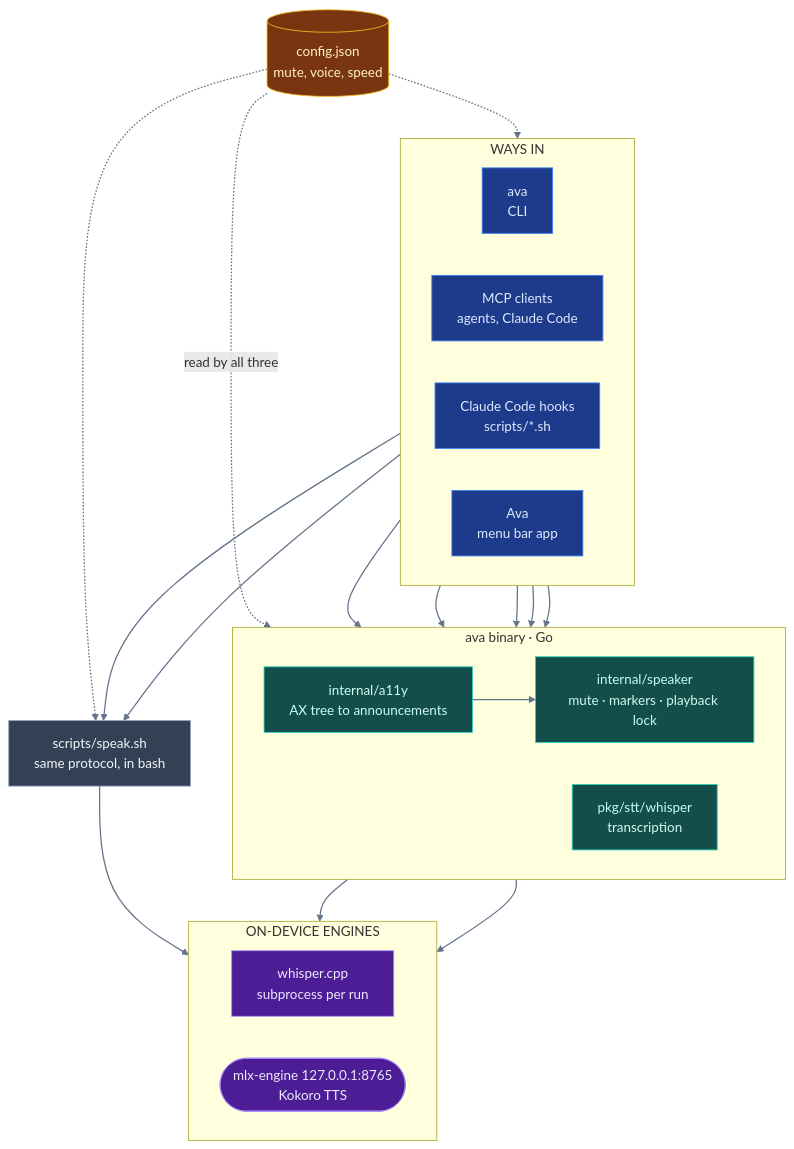
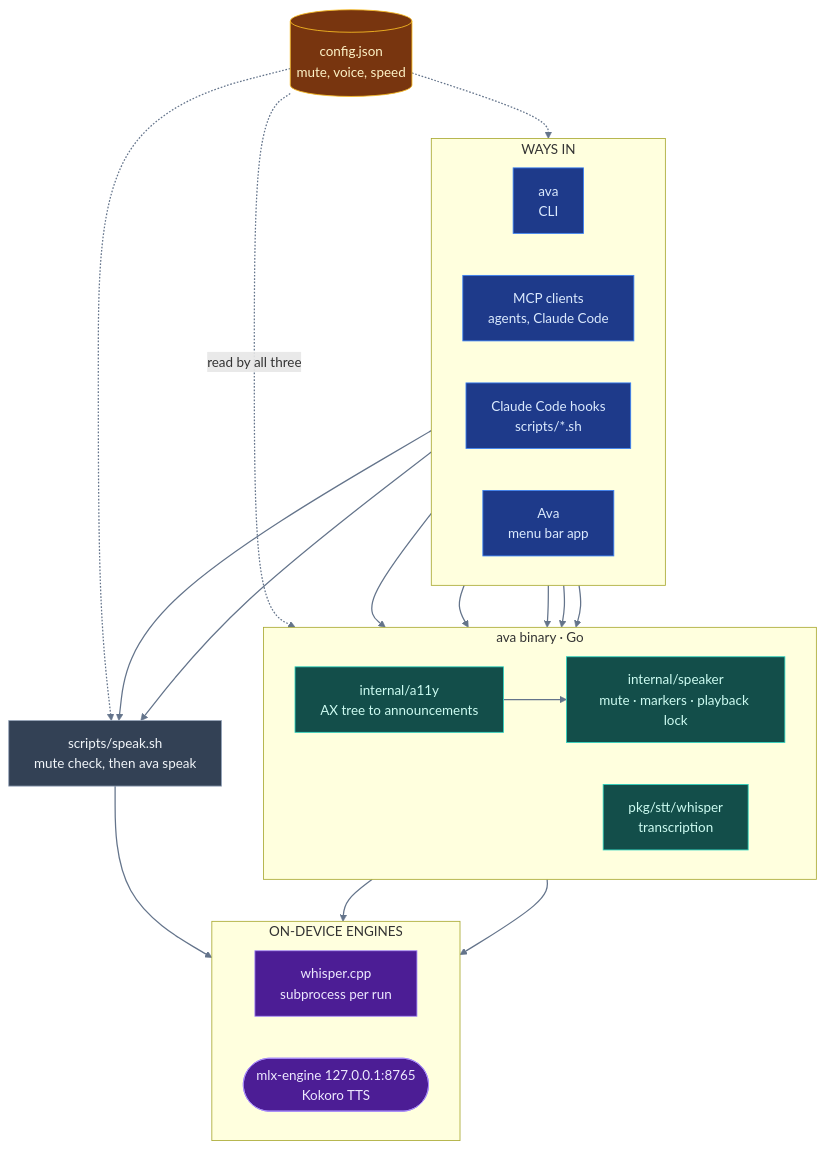
The diagram in docs/architecture.md (iksnerd/ava), drawn with Mermaid before and after one commit. The commit also changed other lines of this file and 28 other files, not shown here.

First line of the commit message:
Speak through ava speak from speak.sh

````diff
--- a/docs/architecture.md
+++ b/docs/architecture.md
@@ -7,56 +7,56 @@
 ```mermaid
 flowchart TB
     subgraph doors["WAYS IN"]
         direction LR
         cli["ava<br/>CLI"]
         mcpc["MCP clients<br/>agents, Claude Code"]
         hooks["Claude Code hooks<br/>scripts/*.sh"]
         app["Ava<br/>menu bar app"]
     end
 
     subgraph gobin["ava binary · Go"]
         direction LR
         speaker["internal/speaker<br/>mute · markers · playback lock"]
         engsel["pkg/stt/whisper<br/>transcription"]
         a11y["internal/a11y<br/>AX tree to announcements"]
     end
 
-    speaksh["scripts/speak.sh<br/>same protocol, in bash"]
+    speaksh["scripts/speak.sh<br/>mute check, then ava speak"]
     cfg[("config.json<br/>mute, voice, speed")]
 
     subgraph engines["ON-DEVICE ENGINES"]
         direction LR
         whispercpp["whisper.cpp<br/>subprocess per run"]
         mlx(["mlx-engine 127.0.0.1:8765<br/>Kokoro TTS"])
     end
 
     cli ==> speaker
     cli ==> engsel
     mcpc ==> speaker
     mcpc ==> engsel
     mcpc ==> a11y
     a11y ==> speaker
     hooks ==> speaksh
     app ==> speaksh
 
     speaker ==> mlx
     speaksh ==> mlx
     engsel ==> whispercpp
 
     cfg -. "read by all three" .-> speaker
     cfg -. " " .-> speaksh
     cfg -. " " .-> app
 
     classDef door fill:#1e3a8a,stroke:#3b82f6,color:#dbeafe;
     classDef go fill:#134e4a,stroke:#2dd4bf,color:#ccfbf1;
     classDef engine fill:#4c1d95,stroke:#a78bfa,color:#ede9fe;
     classDef store fill:#78350f,stroke:#fbbf24,color:#fef3c7;
     classDef shell fill:#334155,stroke:#94a3b8,color:#f1f5f9;
 
     class cli,mcpc,hooks,app door;
     class speaker,engsel,a11y go;
     class whispercpp,mlx engine;
     class cfg store;
     class speaksh shell;
     linkStyle default stroke:#64748b,stroke-width:1.5px;
 ```
````
